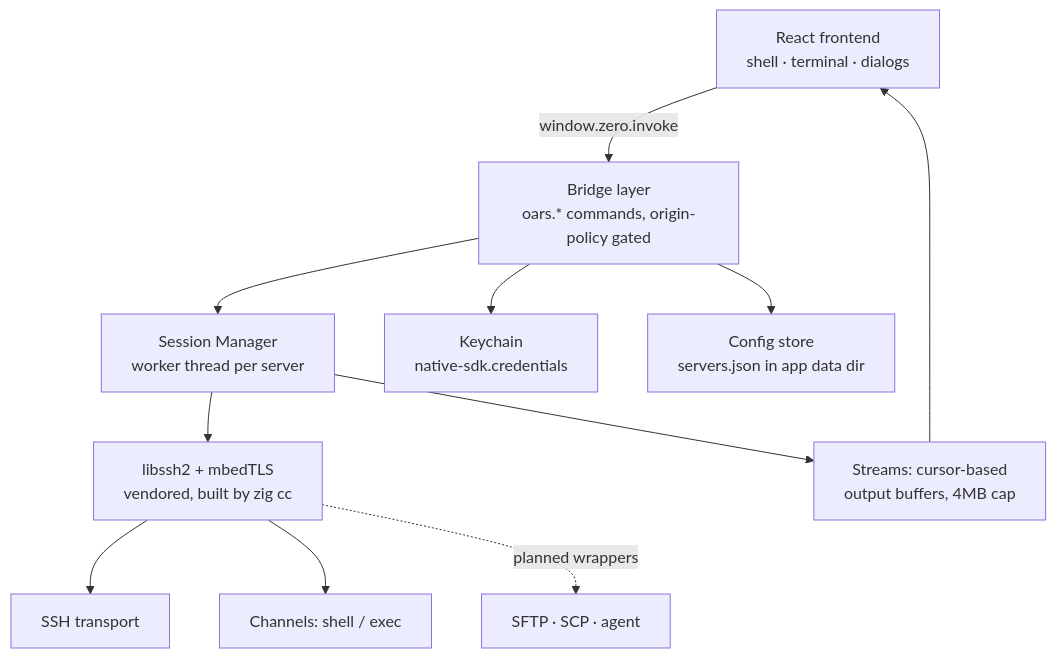
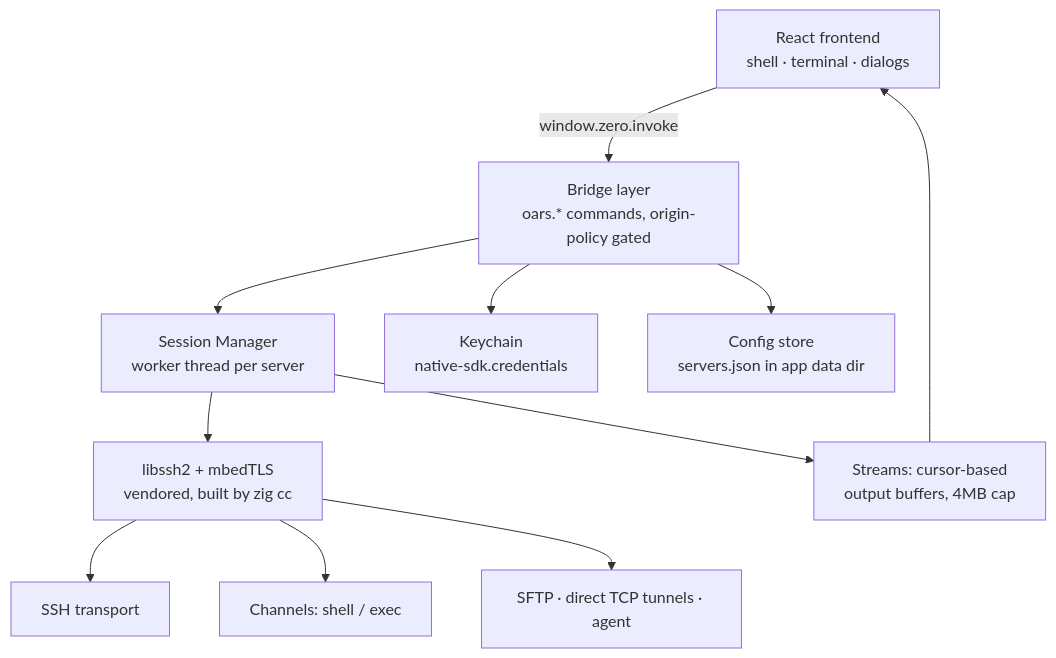
The second of 2 diagrams in docs/ROADMAP.md (onyedikachi-david/oars), drawn with Mermaid before and after one commit. The commit also changed other lines of this file and 21 other files, not shown here.

````diff
--- a/docs/ROADMAP.md
+++ b/docs/ROADMAP.md
@@ -237,13 +237,13 @@
 ```mermaid
 graph TD
     A[React frontend<br/>shell · terminal · dialogs] -->|window.zero.invoke| B[Bridge layer<br/>oars.* commands, origin-policy gated]
     B --> C[Session Manager<br/>worker thread per server]
     C --> D[libssh2 + mbedTLS<br/>vendored, built by zig cc]
     D --> E1[SSH transport]
     D --> E2[Channels: shell / exec]
-    D -. planned wrappers .-> E3[SFTP · SCP · agent]
+    D --> E3[SFTP · direct TCP tunnels · agent]
     B --> F[Keychain<br/>native-sdk.credentials]
     B --> G[Config store<br/>servers.json in app data dir]
     C --> H[Streams: cursor-based<br/>output buffers, 4MB cap]
     H --> A
 ```
````
